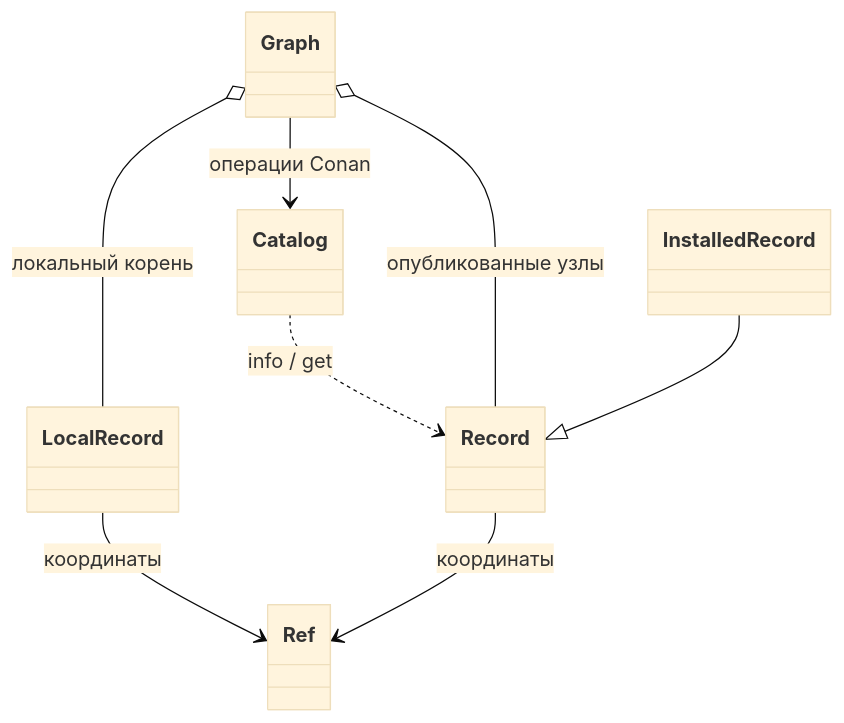
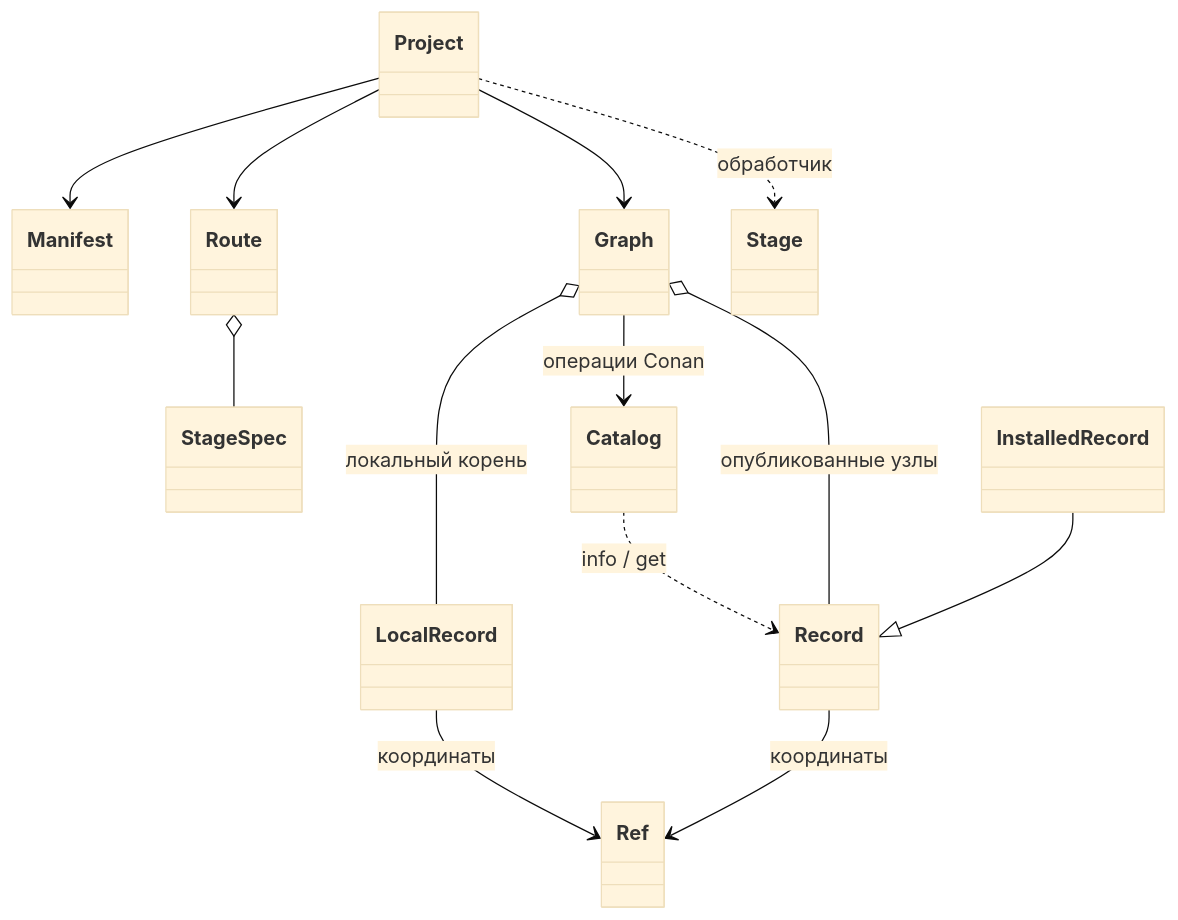
The diagram in docs/interfaces.md (Bigyin1/CoreRef), drawn with Mermaid (base theme) before and after one commit. The commit also changed other lines of this file and 38 other files, not shown here.

````diff
--- a/docs/interfaces.md
+++ b/docs/interfaces.md
@@ -45,10 +49,15 @@
 ```mermaid
 classDiagram
+    Project --> Manifest
+    Project --> Graph
+    Project --> Route
+    Route o-- StageSpec
+    Project ..> Stage : обработчик
     Catalog ..> Record : info / get
     Graph --> Catalog : операции Conan
     Graph o-- LocalRecord : локальный корень
     Graph o-- Record : опубликованные узлы
     LocalRecord --> Ref : координаты
     Record --> Ref : координаты
     InstalledRecord --|> Record
 ```
````
